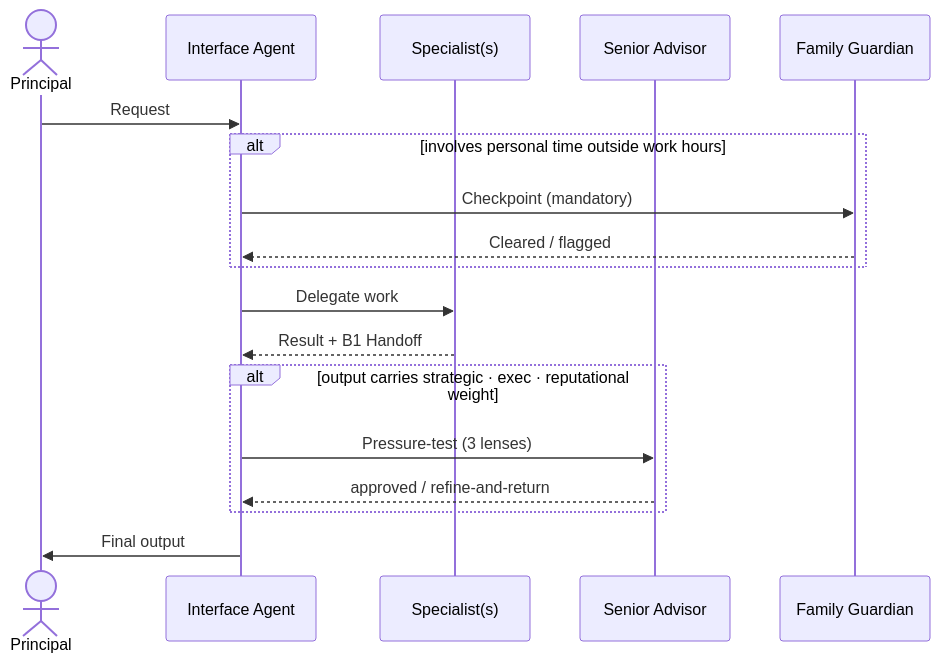
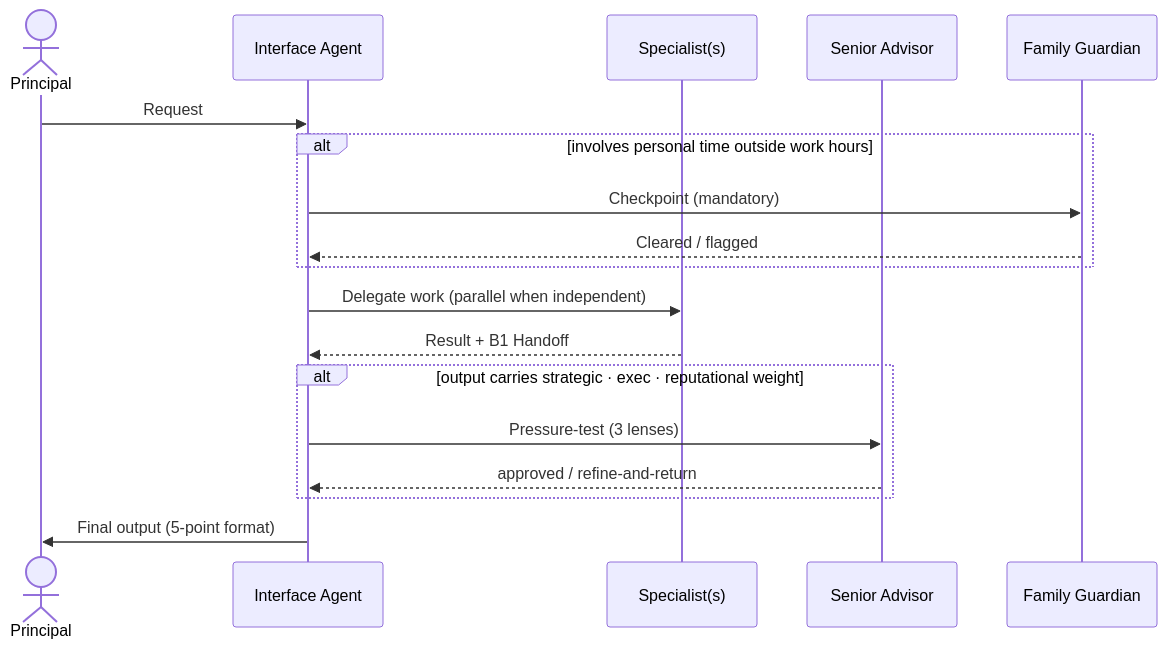
The second of 7 diagrams in ARCHITECTURE.md (DScardini91/agentic-os), drawn with Mermaid before and after one commit. The commit also changed other lines of this file, not shown here.

First line of the commit message:
feat(docs): expand architecture — 7 diagrams, D1 gate, Darwin loop, TL pipeline

````diff
--- a/ARCHITECTURE.md
+++ b/ARCHITECTURE.md
@@ -57,25 +75,25 @@
 ```mermaid
 sequenceDiagram
     actor P as Principal
     participant K as Interface Agent
     participant S as Specialist(s)
     participant W as Senior Advisor
     participant FG as Family Guardian
 
     P->>K: Request
 
     alt involves personal time outside work hours
         K->>FG: Checkpoint (mandatory)
         FG-->>K: Cleared / flagged
     end
 
-    K->>S: Delegate work
+    K->>S: Delegate work (parallel when independent)
     S-->>K: Result + B1 Handoff
 
     alt output carries strategic · exec · reputational weight
         K->>W: Pressure-test (3 lenses)
         W-->>K: approved / refine-and-return
     end
 
-    K->>P: Final output
+    K->>P: Final output (5-point format)
 ```
````
